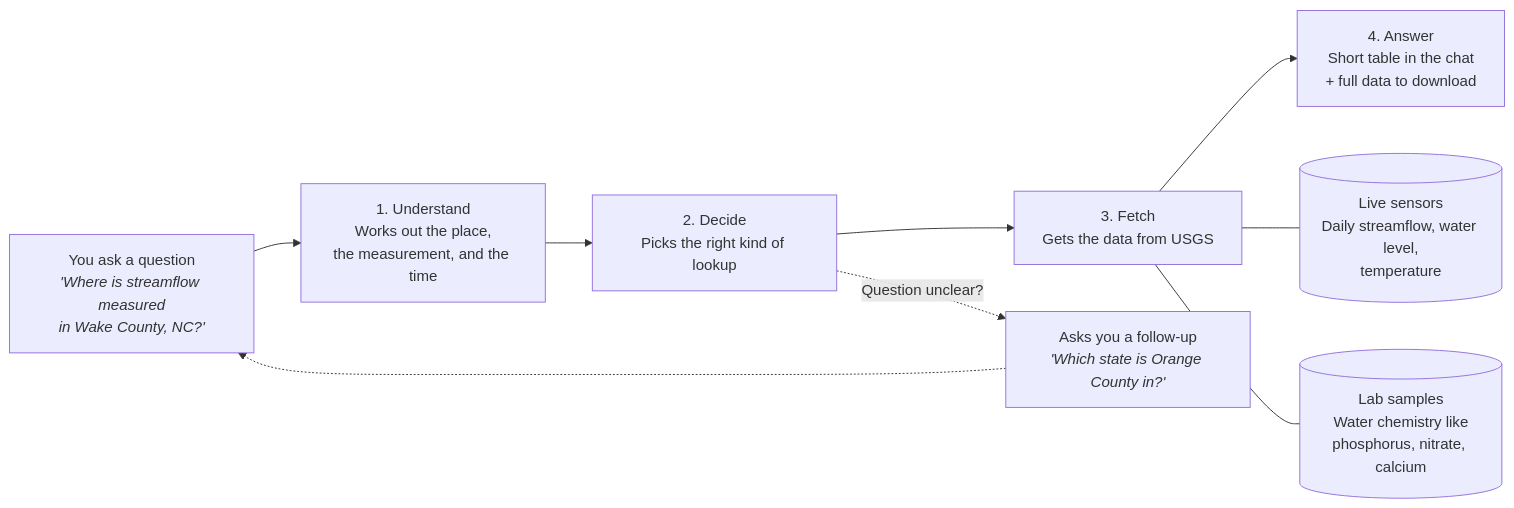
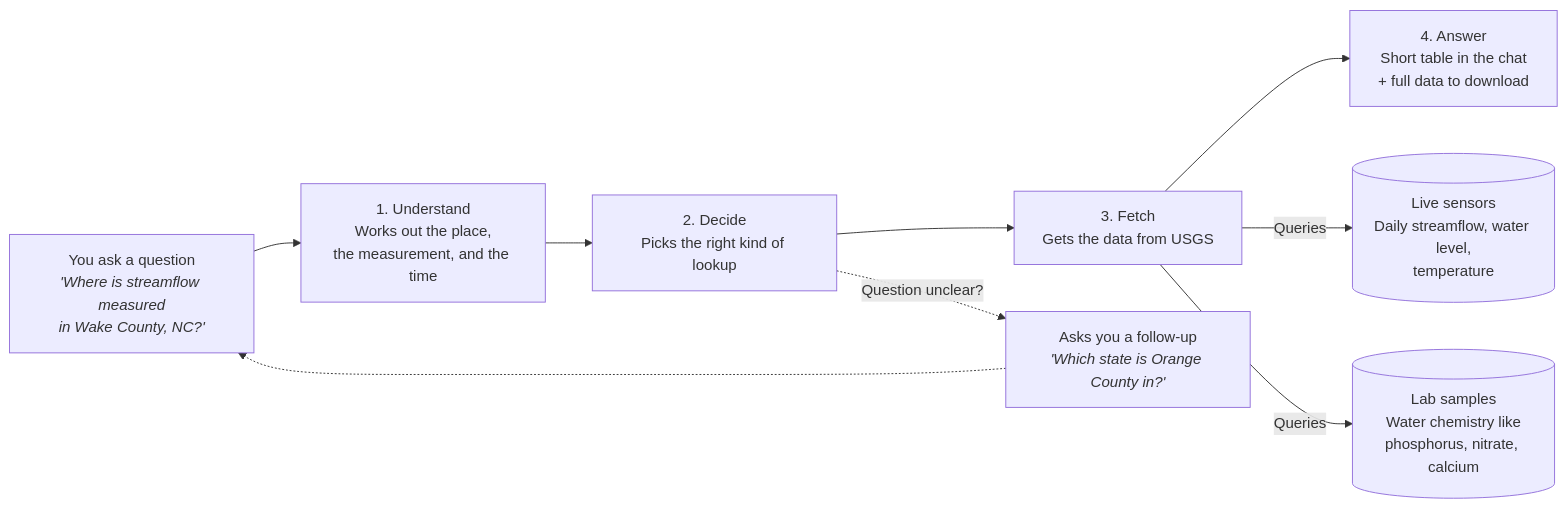
One commit to anisanazim/USGS_Water_Agent changed the first of 4 diagrams in architecture_and_data_flow.md. Above: the diagram before and after it, drawn with Mermaid. The commit also changed other lines of this file, not shown here.

Commit message:
update architecture and data flow specification

````diff
--- a/architecture_and_data_flow.md
+++ b/architecture_and_data_flow.md
@@ -15,15 +15,15 @@
 ```mermaid
 flowchart LR
     Q["You ask a question<br/><i>'Where is streamflow measured<br/>in Wake County, NC?'</i>"]
     U["1. Understand<br/>Works out the place,<br/>the measurement, and the time"]
     D["2. Decide<br/>Picks the right kind of lookup"]
     F["3. Fetch<br/>Gets the data from USGS"]
     A["4. Answer<br/>Short table in the chat<br/>+ full data to download"]
 
     Q --> U --> D --> F --> A
     D -.->|"Question unclear?"| C["Asks you a follow-up<br/><i>'Which state is Orange County in?'</i>"]
     C -.-> Q
 
-    F --- S1[("Live sensors<br/>Daily streamflow, water level,<br/>temperature")]
-    F --- S2[("Lab samples<br/>Water chemistry like<br/>phosphorus, nitrate, calcium")]
+    F -->|"Queries"| S1[("Live sensors<br/>Daily streamflow, water level,<br/>temperature")]
+    F -->|"Queries"| S2[("Lab samples<br/>Water chemistry like<br/>phosphorus, nitrate, calcium")]
 ```
````
